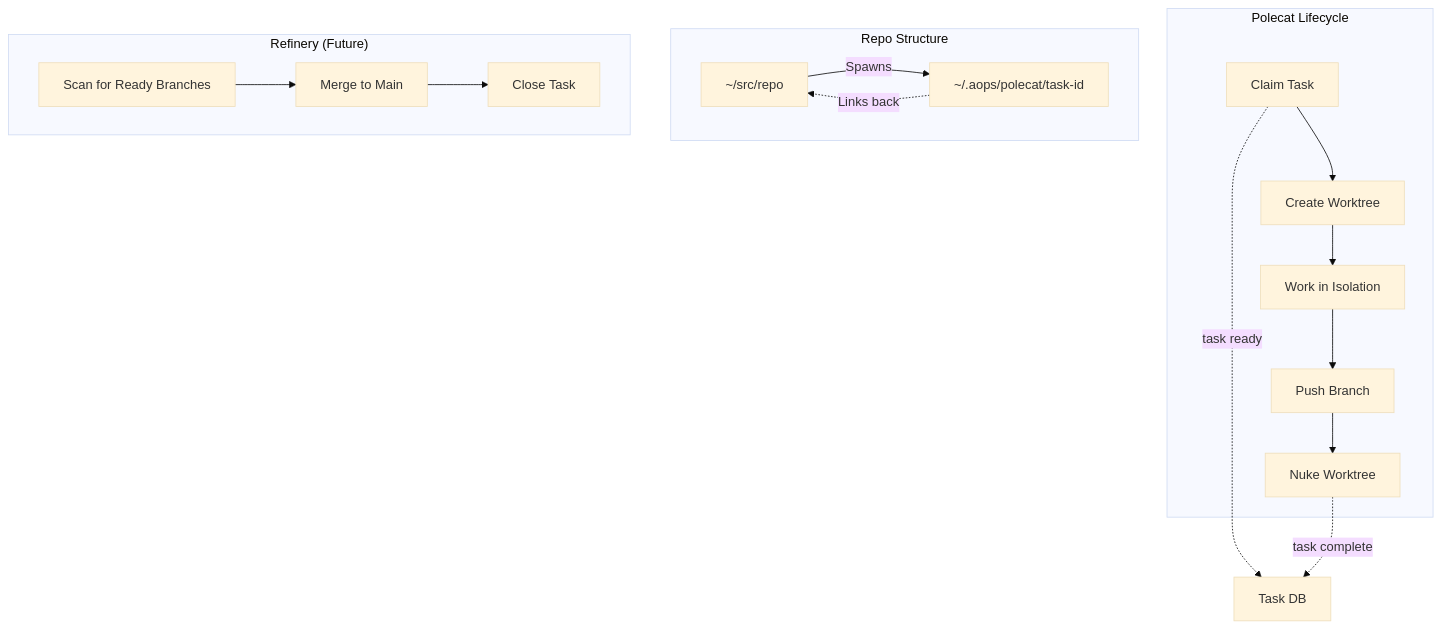
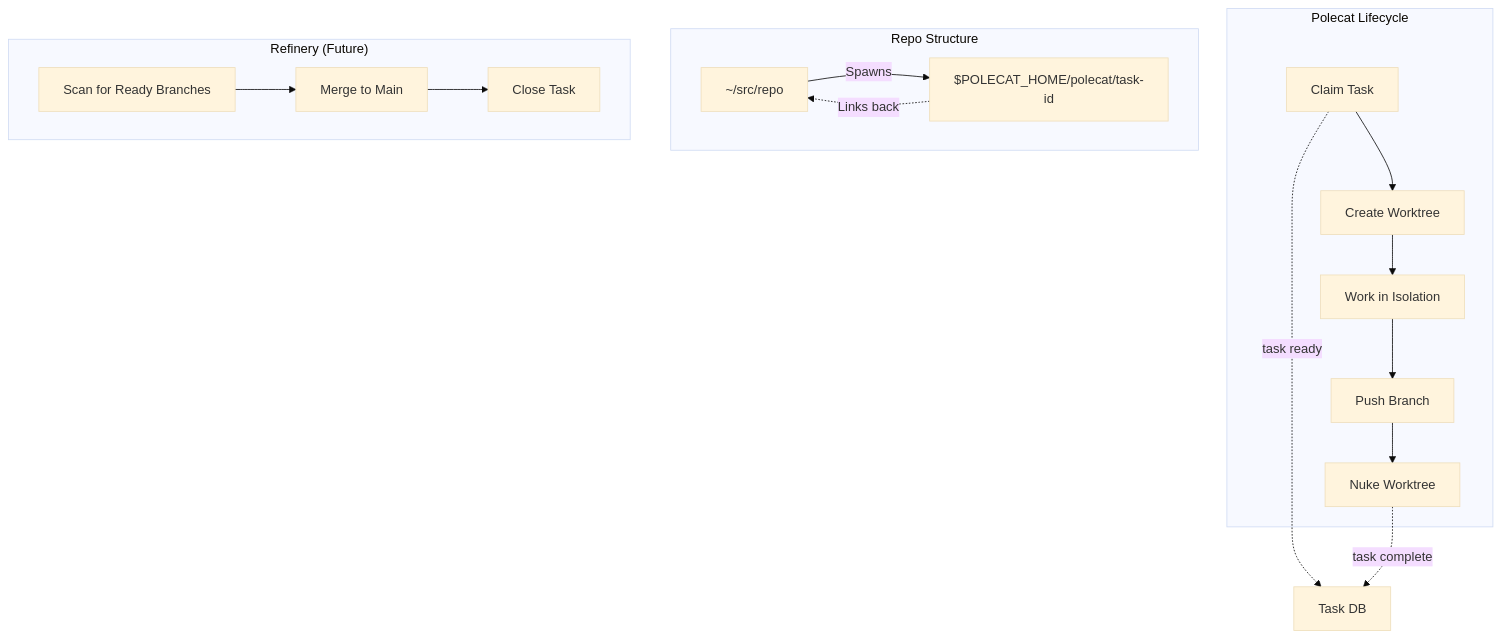
One commit to nicsuzor/academicOps changed the diagram in specs/polecat-system.md. Above: the diagram before and after it, drawn with Mermaid (base theme). The commit also changed other lines of this file and 26 other files, not shown here.

First line of the commit message:
fix(paths): remove all hardcoded ~/.aops references, use $POLECAT_HOME

````diff
--- a/specs/polecat-system.md
+++ b/specs/polecat-system.md
@@ -17,22 +17,22 @@
 ```mermaid
 flowchart TD
     subgraph POLECAT["Polecat Lifecycle"]
         P1[Claim Task] --> P2[Create Worktree]
         P2 --> P3[Work in Isolation]
         P3 --> P4[Push Branch]
         P4 --> P5[Nuke Worktree]
     end
 
     subgraph REPO["Repo Structure"]
-        R1[~/src/repo] -->|Spawns| R2[~/.aops/polecat/task-id]
+        R1[~/src/repo] -->|Spawns| R2[$POLECAT_HOME/polecat/task-id]
         R2 -.->|Links back| R1
     end
 
     subgraph MERGE["Refinery (Future)"]
         M1[Scan for Ready Branches] --> M2[Merge to Main]
         M2 --> M3[Close Task]
     end
 
     P1 -.->|task ready| T[Task DB]
     P5 -.->|task complete| T
 ```
````
